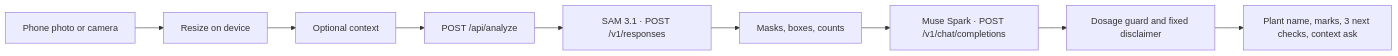
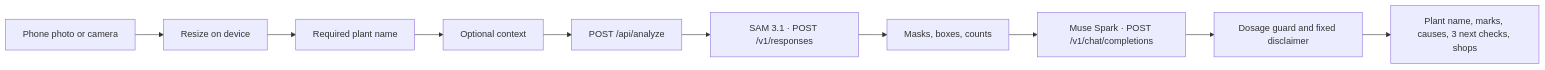
Before and after one commit to benweru/BedSense: the diagram in docs/development.md, drawn with Mermaid. The commit also changed other lines of this file and 21 other files, not shown here.

First line of the commit message:
Triage a named plant even when SAM marks are empty.

````diff
--- a/docs/development.md
+++ b/docs/development.md
@@ -42,11 +42,12 @@
 ```mermaid
 flowchart LR
   phone[Phone photo or camera] --> resize[Resize on device]
-  resize --> context[Optional context]
+  resize --> name[Required plant name]
+  name --> context[Optional context]
   context --> api["POST /api/analyze"]
   api --> sam["SAM 3.1 · POST /v1/responses"]
   sam --> marks[Masks, boxes, counts]
   marks --> muse["Muse Spark · POST /v1/chat/completions"]
   muse --> guard[Dosage guard and fixed disclaimer]
-  guard --> ui[Plant name, marks, 3 next checks, context ask]
+  guard --> ui[Plant name, marks, causes, 3 next checks, shops]
 ```
````
